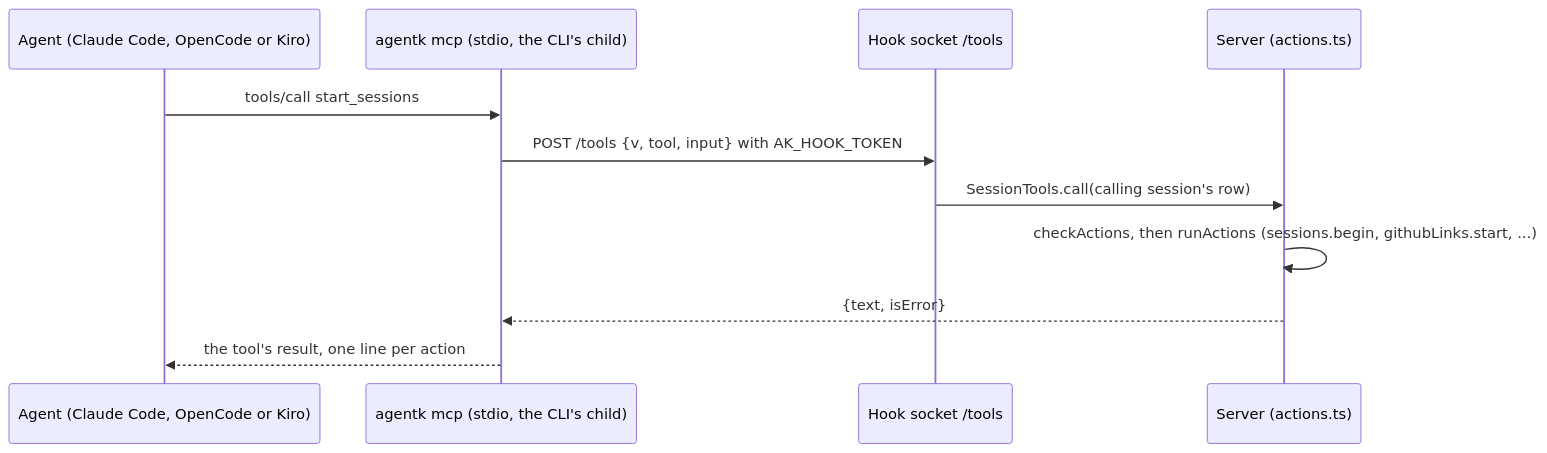
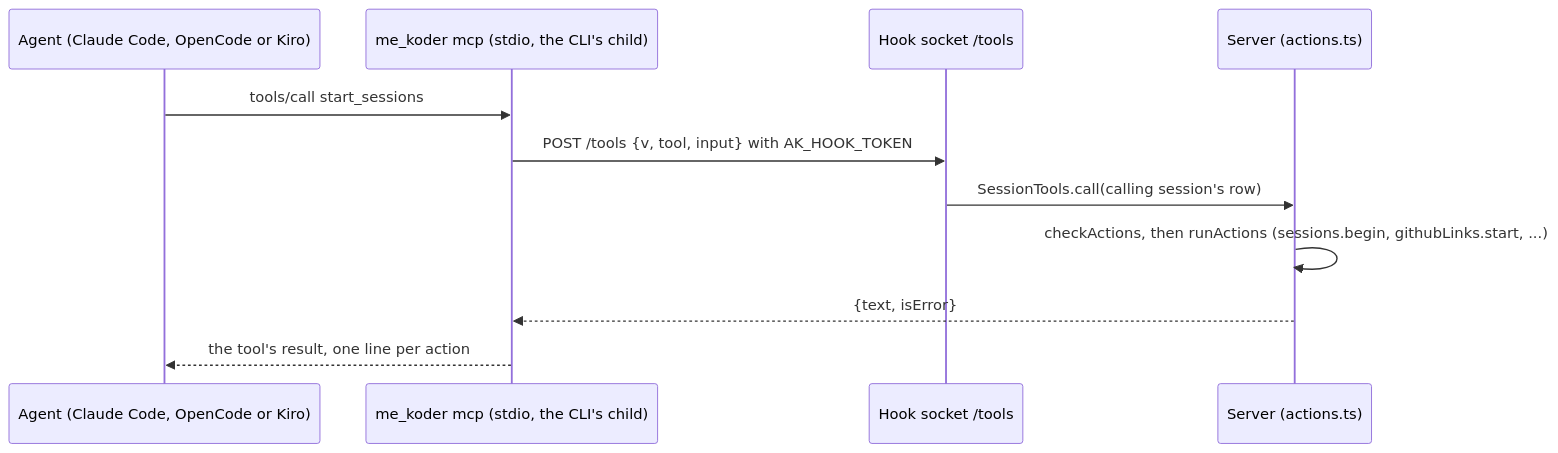
Before and after one commit to yugabyte/meko: the diagram in extensions/agentk/docs/design/tools.md, drawn with Mermaid. The commit also changed other lines of this file and 102 other files, not shown here.

First line of the commit message:
feat(agentk,meko,presenter)!: run as me_koder and me_presenter

````diff
--- a/extensions/agentk/docs/design/tools.md
+++ b/extensions/agentk/docs/design/tools.md
@@ -12,13 +12,13 @@
 ```mermaid
 sequenceDiagram
   participant A as Agent (Claude Code, OpenCode or Kiro)
-  participant M as agentk mcp (stdio, the CLI's child)
+  participant M as me_koder mcp (stdio, the CLI's child)
   participant H as Hook socket /tools
   participant S as Server (actions.ts)
   A->>M: tools/call start_sessions
   M->>H: POST /tools {v, tool, input} with AK_HOOK_TOKEN
   H->>S: SessionTools.call(calling session's row)
   S->>S: checkActions, then runActions (sessions.begin, githubLinks.start, ...)
   S-->>M: {text, isError}
   M-->>A: the tool's result, one line per action
 ```
````
